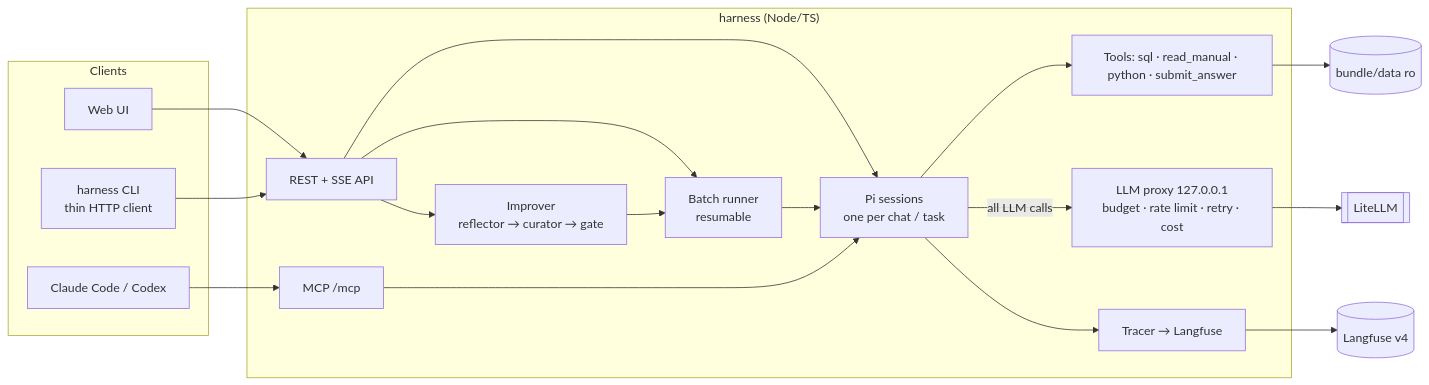
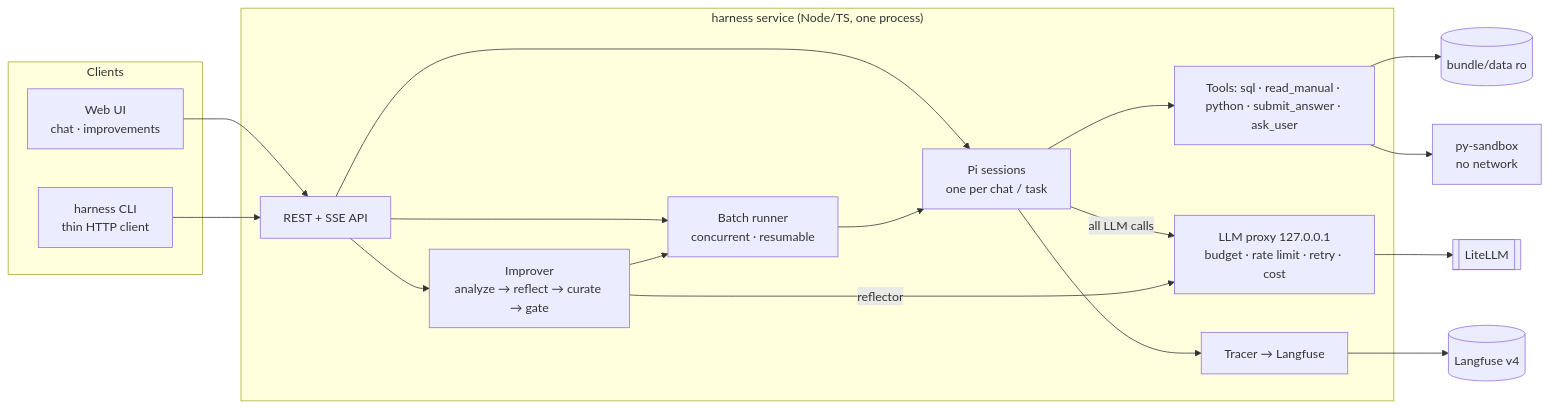
Before and after one commit to asainov1/payments-analyst-pi: the diagram in README.md, drawn with Mermaid. The commit also changed other lines of this file, not shown here.

Commit message:
docs(readme): final structure — run, UI pages, CLI (solve/improve/report), key decisions, budget/holdout, another week; MCP cut

````diff
--- a/README.md
+++ b/README.md
@@ -14,31 +13,30 @@
 ```mermaid
 flowchart LR
   subgraph Clients
-    UI[Web UI]
+    UI[Web UI<br/>chat · improvements]
     CLI[harness CLI<br/>thin HTTP client]
-    MCPC[Claude Code / Codex]
   end
-  subgraph harness["harness (Node/TS)"]
+  subgraph harness["harness service (Node/TS, one process)"]
     API[REST + SSE API]
-    MCP[MCP /mcp]
     SM[Pi sessions<br/>one per chat / task]
-    BR[Batch runner<br/>resumable]
-    IMP[Improver<br/>reflector → curator → gate]
+    BR[Batch runner<br/>concurrent · resumable]
+    IMP[Improver<br/>analyze → reflect → curate → gate]
     PX[LLM proxy 127.0.0.1<br/>budget · rate limit · retry · cost]
     TR[Tracer → Langfuse]
-    TOOLS[Tools: sql · read_manual · python · submit_answer]
+    TOOLS[Tools: sql · read_manual · python · submit_answer · ask_user]
   end
+  SBX[py-sandbox<br/>no network]
   LLM[[LiteLLM]]
   LF[(Langfuse v4)]
   DATA[(bundle/data ro)]
   UI --> API
   CLI --> API
-  MCPC --> MCP
   API --> SM & BR & IMP
-  MCP --> SM
   BR --> SM
   IMP --> BR
   SM --> TOOLS --> DATA
+  TOOLS --> SBX
   SM -->|all LLM calls| PX --> LLM
+  IMP -->|reflector| PX
   SM --> TR --> LF
 ```
````
